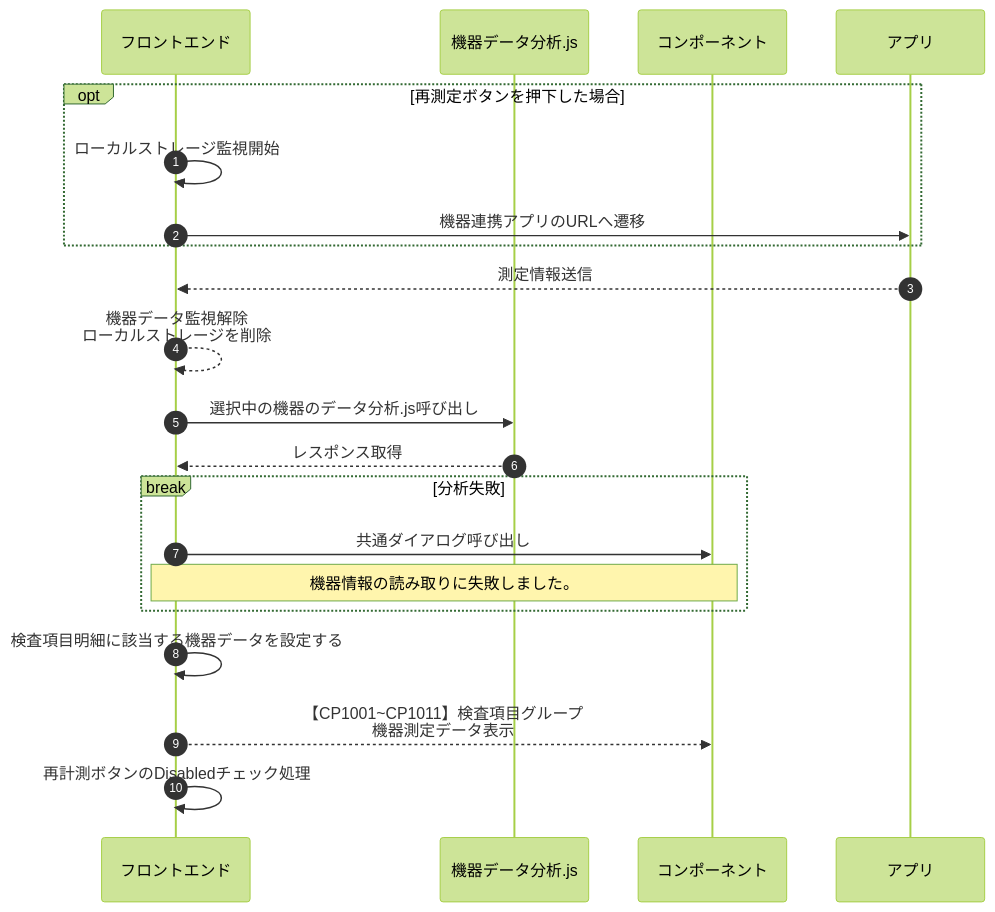
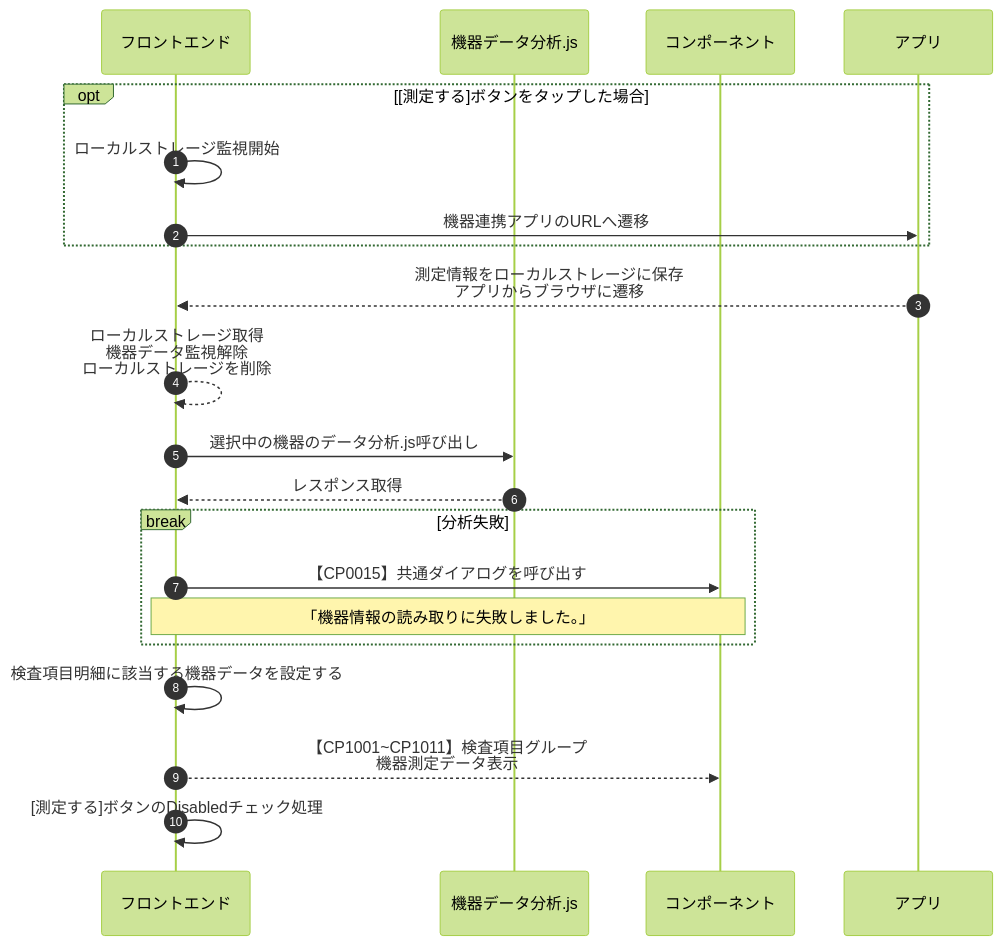
The diagram in Documents/UI設計書/src/docs/画面/SC0008_検査結果入力画面/SC0008-機器測定する.mmd (MrWangpeilin945/FlutterIOS), drawn with Mermaid before and after one commit. The commit also changed 1 other file, not shown here.

Commit message:
SC0008_検査結果入力画面の機器測定シーケンス図を更新

```diff
--- a/Documents/UI設計書/src/docs/画面/SC0008_検査結果入力画面/SC0008-機器測定する.mmd
+++ b/Documents/UI設計書/src/docs/画面/SC0008_検査結果入力画面/SC0008-機器測定する.mmd
@@ -1,27 +1,25 @@
----
-config:
-  theme: forest
----
+%%{init:{'theme':'forest'}}%%
+
 sequenceDiagram
   participant fe as フロントエンド
-  participant ki as 機器データ分析.js
+  participant ana as 機器データ分析.js
   participant cmp as コンポーネント
   participant app as アプリ
   autonumber
 
-  opt 再測定ボタンを押下した場合
+  opt [測定する]ボタンをタップした場合
     fe ->>fe: ローカルストレージ監視開始
     fe ->>app: 機器連携アプリのURLへ遷移
   end
-  app -->> fe: 測定情報送信
-  fe -->>fe: 機器データ監視解除<br>ローカルストレージを削除
+  app -->> fe: 測定情報をローカルストレージに保存<br>アプリからブラウザに遷移
+  fe -->>fe: ローカルストレージ取得<br>機器データ監視解除<br>ローカルストレージを削除
 
-  fe ->> ki: 選択中の機器のデータ分析.js呼び出し
-  ki -->> fe: レスポンス取得
+  fe ->> ana: 選択中の機器のデータ分析.js呼び出し
+  ana -->> fe: レスポンス取得
   break 分析失敗
-    fe ->>cmp: 共通ダイアログ呼び出し
-    Note over fe,cmp: 機器情報の読み取りに失敗しました。
+    fe ->>cmp: 【CP0015】共通ダイアログを呼び出す
+    Note over fe,cmp: 「機器情報の読み取りに失敗しました。」
   end
   fe ->> fe: 検査項目明細に該当する機器データを設定する
   fe -->>cmp: 【CP1001~CP1011】検査項目グループ<br>機器測定データ表示
-  fe ->> fe: 再計測ボタンのDisabledチェック処理
+  fe ->> fe: [測定する]ボタンのDisabledチェック処理
```
